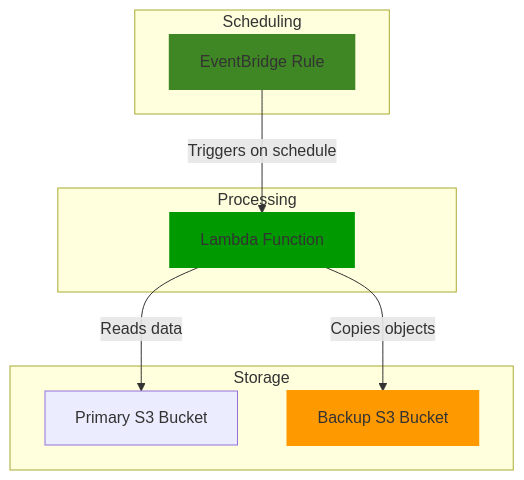
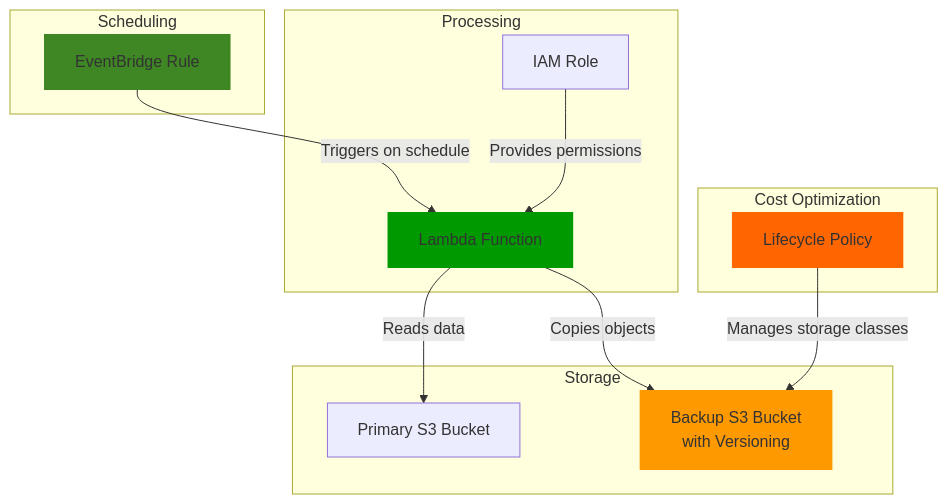
The diagram in aws/automating-backups-with-s3-lifecycle/automating-backups-with-s3-lifecycle.md (mzazon/awesome-cloud-projects), drawn with Mermaid before and after one commit. The commit also changed other lines of this file and 5581 other files, not shown here.

````diff
--- a/aws/automating-backups-with-s3-lifecycle/automating-backups-with-s3-lifecycle.md
+++ b/aws/automating-backups-with-s3-lifecycle/automating-backups-with-s3-lifecycle.md
@@ -33,23 +34,31 @@
 ```mermaid
 graph TB
     subgraph "Scheduling"
         EB[EventBridge Rule]
     end
     
     subgraph "Processing"
         LF[Lambda Function]
+        IAM[IAM Role]
     end
     
     subgraph "Storage"
         S3P[Primary S3 Bucket]
-        S3B[Backup S3 Bucket]
+        S3B[Backup S3 Bucket<br/>with Versioning]
+    end
+    
+    subgraph "Cost Optimization"
+        LC[Lifecycle Policy]
     end
     
     EB-->|"Triggers on schedule"| LF
+    IAM-->|"Provides permissions"| LF
     LF-->|"Reads data"| S3P
     LF-->|"Copies objects"| S3B
+    LC-->|"Manages storage classes"| S3B
     
     style S3B fill:#FF9900,stroke:#FF9900,stroke-width:2px
     style LF fill:#009900,stroke:#009900,stroke-width:2px
     style EB fill:#3F8624,stroke:#3F8624,stroke-width:2px
+    style LC fill:#FF6600,stroke:#FF6600,stroke-width:2px
 ```
````
